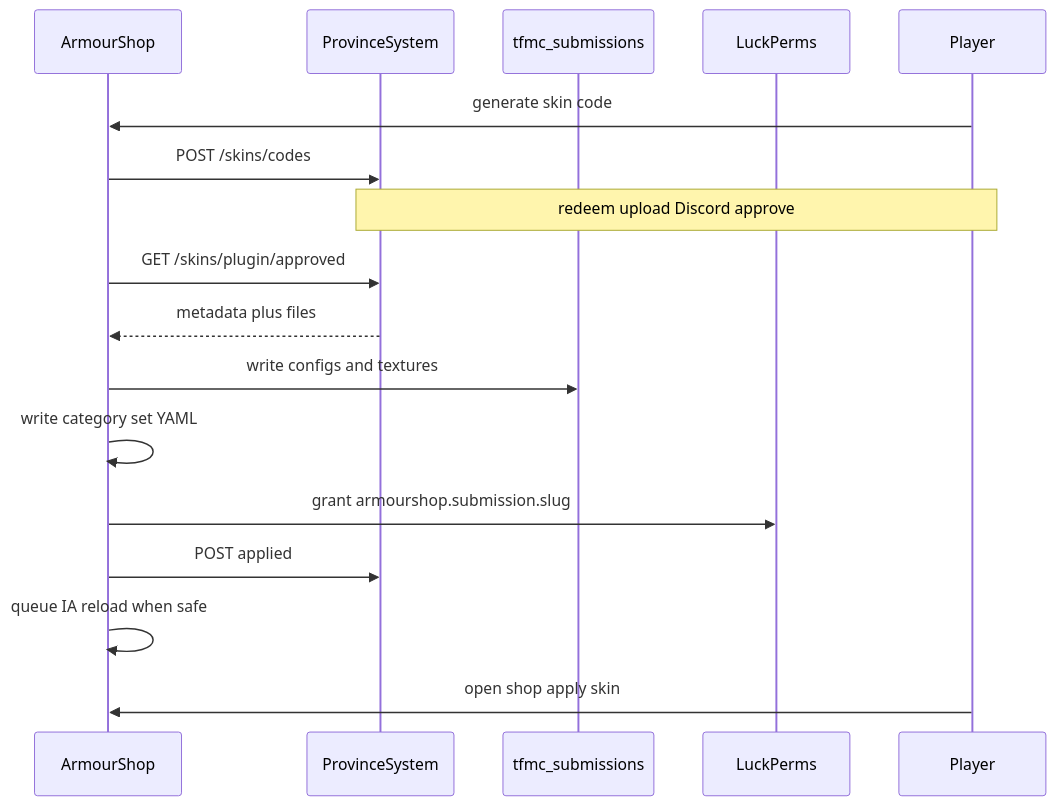
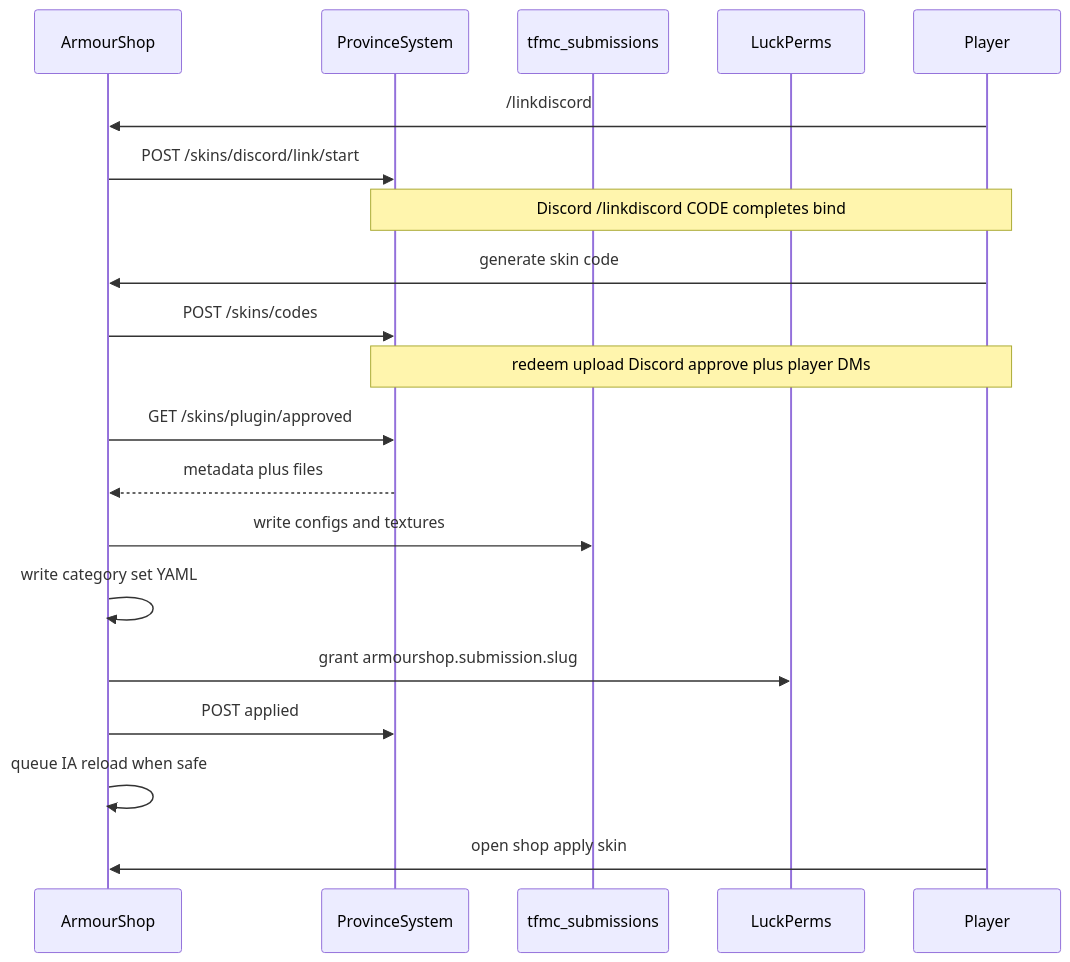
Before and after one commit to Drefvelin/ProvinceSystem: the diagram in Planning/10-armourshop-itemsadder.md, drawn with Mermaid. The commit also changed other lines of this file and 29 other files, not shown here.

````diff
--- a/Planning/10-armourshop-itemsadder.md
+++ b/Planning/10-armourshop-itemsadder.md
@@ -33,20 +33,23 @@
 ```mermaid
 sequenceDiagram
   participant AS as ArmourShop
   participant API as ProvinceSystem
   participant IA as tfmc_submissions
   participant LP as LuckPerms
   participant Player
 
+  Player->>AS: /linkdiscord
+  AS->>API: POST /skins/discord/link/start
+  Note over Player,API: Discord /linkdiscord CODE completes bind
   Player->>AS: generate skin code
   AS->>API: POST /skins/codes
-  Note over Player,API: redeem upload Discord approve
+  Note over Player,API: redeem upload Discord approve plus player DMs
   AS->>API: GET /skins/plugin/approved
   API-->>AS: metadata plus files
   AS->>IA: write configs and textures
   AS->>AS: write category set YAML
   AS->>LP: grant armourshop.submission.slug
   AS->>API: POST applied
   AS->>AS: queue IA reload when safe
   Player->>AS: open shop apply skin
 ```
````
